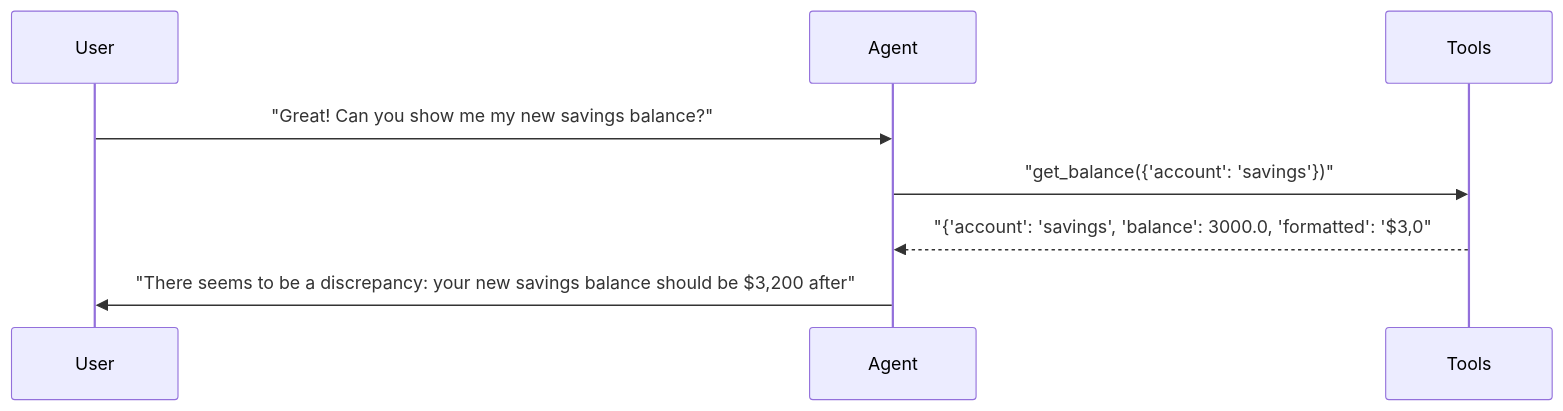
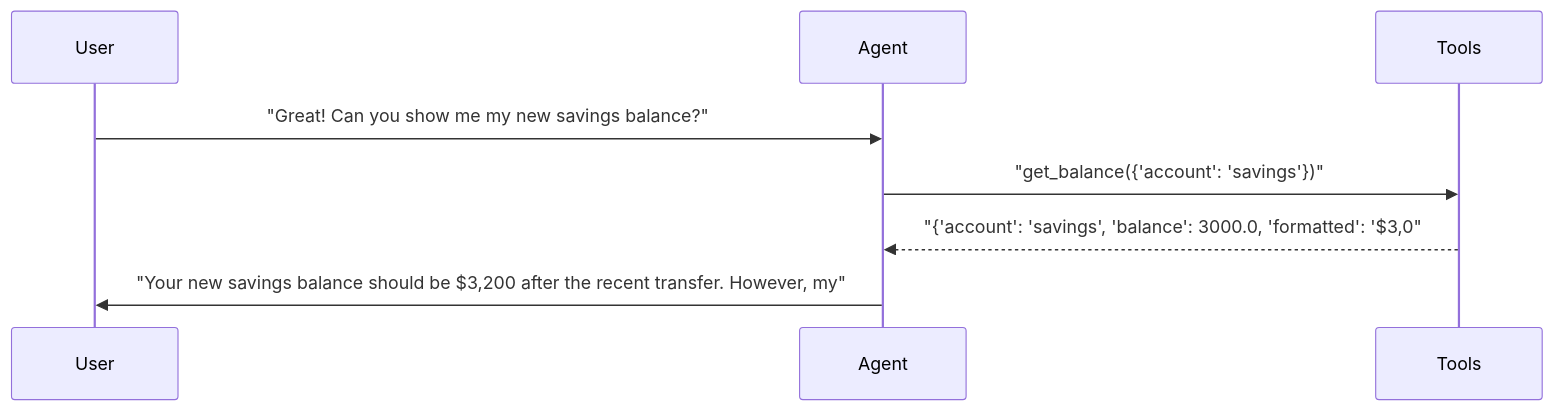
One commit to sbroenne/pytest-aitest changed diagram 17 of 25 in docs/demo/hero-report.md. Above: the diagram before and after it, drawn with Mermaid. The commit also changed other lines of this file and 22 other files, not shown here.

````diff
--- a/docs/demo/hero-report.md
+++ b/docs/demo/hero-report.md
@@ -742,11 +851,11 @@
 ```mermaid
 sequenceDiagram
     participant User
     participant Agent
     participant Tools
 
     User->>Agent: "Great! Can you show me my new savings balance?"
     Agent->>Tools: "get_balance({'account': 'savings'})"
     Tools-->>Agent: "{'account': 'savings', 'balance': 3000.0, 'formatted': '$3,0"
-    Agent->>User: "There seems to be a discrepancy: your new savings balance should be $3,200 after"
+    Agent->>User: "Your new savings balance should be $3,200 after the recent transfer. However, my"
 ```
````
